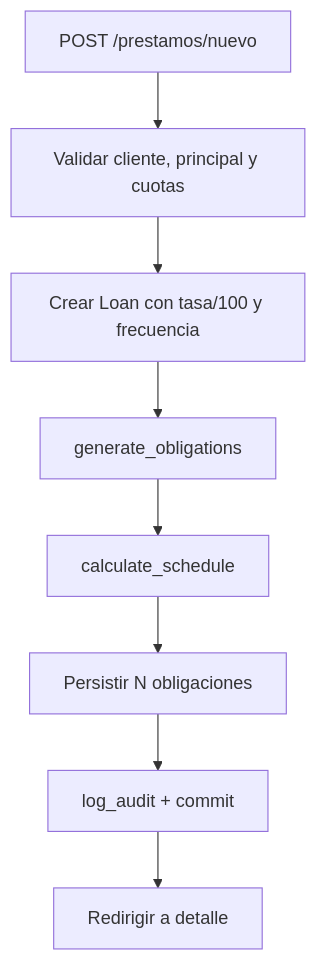
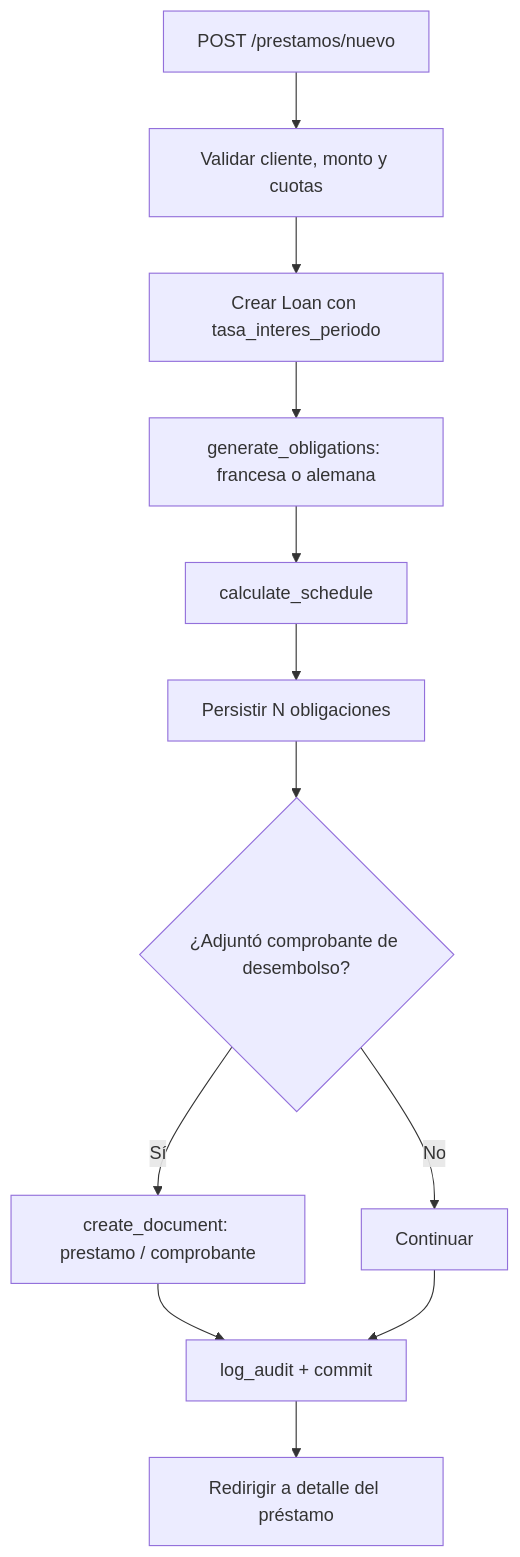
The third of 4 diagrams in docs/08-manual-tecnico.md (Thel-Vatham/cobranza-app), drawn with Mermaid before and after one commit. The commit also changed other lines of this file and 20 other files, not shown here.

````diff
--- a/docs/08-manual-tecnico.md
+++ b/docs/08-manual-tecnico.md
@@ -396,10 +385,14 @@
 ```mermaid
 flowchart TD
-    A[POST /prestamos/nuevo] --> B[Validar cliente, principal y cuotas]
-    B --> C[Crear Loan con tasa/100 y frecuencia]
-    C --> D[generate_obligations]
+    A[POST /prestamos/nuevo] --> B[Validar cliente, monto y cuotas]
+    B --> C[Crear Loan con tasa_interes_periodo]
+    C --> D[generate_obligations: francesa o alemana]
     D --> E[calculate_schedule]
     E --> F[Persistir N obligaciones]
-    F --> G[log_audit + commit]
-    G --> H[Redirigir a detalle]
+    F --> G{¿Adjuntó comprobante de desembolso?}
+    G -- Sí --> H[create_document: prestamo / comprobante]
+    G -- No --> I[Continuar]
+    H --> J[log_audit + commit]
+    I --> J
+    J --> K[Redirigir a detalle del préstamo]
 ```
````
